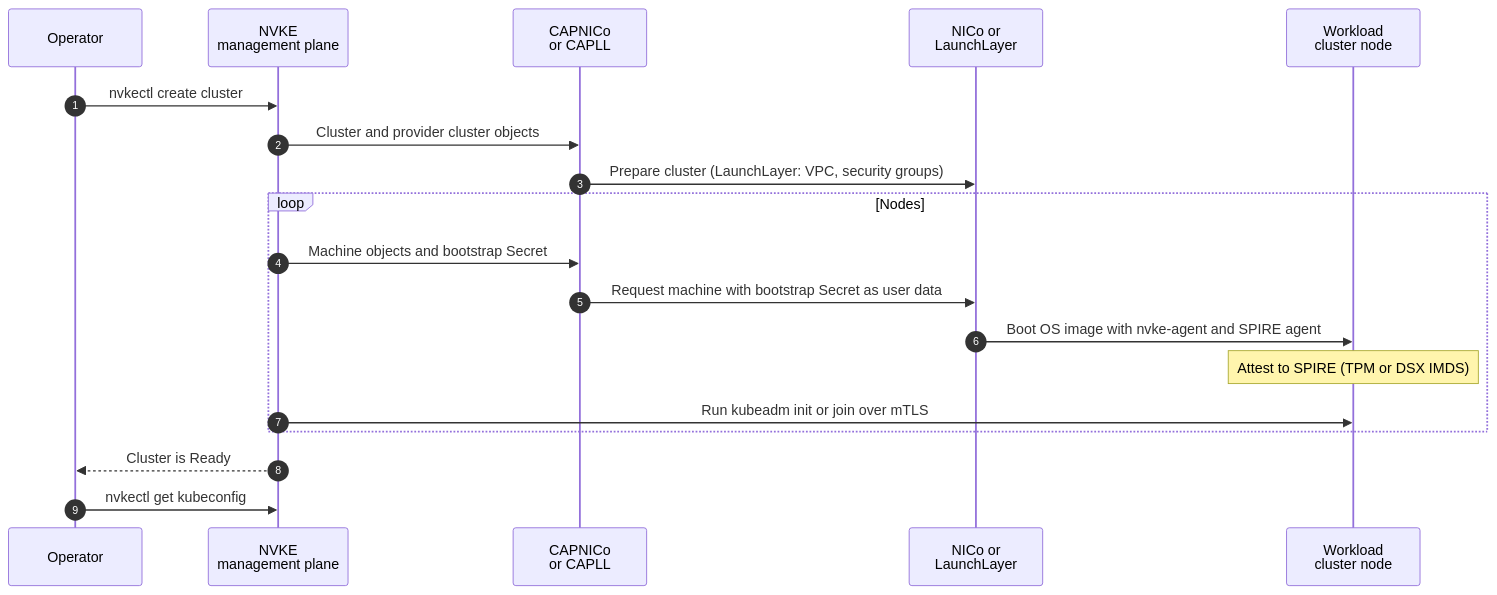
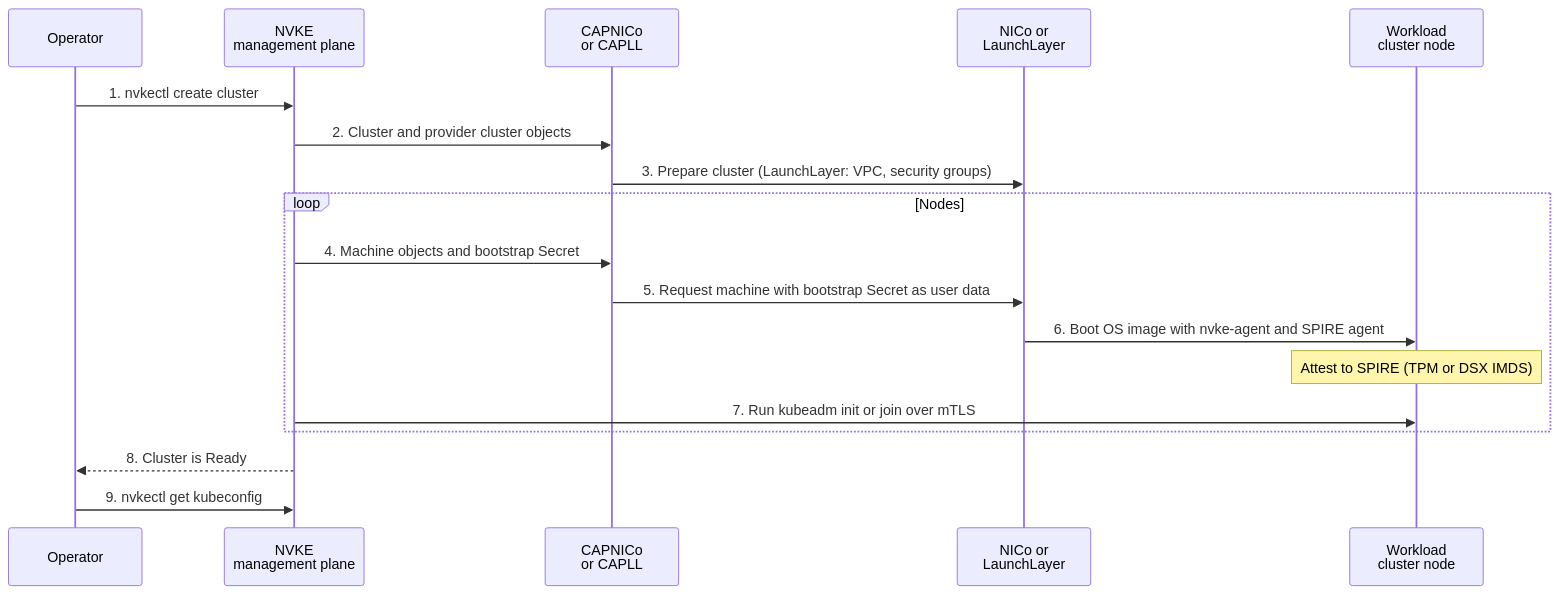
The diagram in docs/operate/infrastructure-providers.md (dsx-ai-factory/nvke), drawn with Mermaid before and after one commit.

Commit message:
docs: render the provider diagram with the site theme
Fern cannot pre-render a sequence diagram with autonumber, so it fell
back to the default Mermaid theme, which drew white text on the actor
boxes. Number the messages in their labels instead.

````diff
--- a/docs/operate/infrastructure-providers.md
+++ b/docs/operate/infrastructure-providers.md
@@ -9,22 +9,21 @@
 ```mermaid
 sequenceDiagram
-    autonumber
     participant Op as Operator
     participant MP as NVKE<br/>management plane
     participant Prov as CAPNICo<br/>or CAPLL
     participant API as NICo or<br/>LaunchLayer
     participant Node as Workload<br/>cluster node
 
-    Op->>MP: nvkectl create cluster
-    MP->>Prov: Cluster and provider cluster objects
-    Prov->>API: Prepare cluster (LaunchLayer: VPC, security groups)
+    Op->>MP: 1. nvkectl create cluster
+    MP->>Prov: 2. Cluster and provider cluster objects
+    Prov->>API: 3. Prepare cluster (LaunchLayer: VPC, security groups)
     loop Nodes
-        MP->>Prov: Machine objects and bootstrap Secret
-        Prov->>API: Request machine with bootstrap Secret as user data
-        API->>Node: Boot OS image with nvke-agent and SPIRE agent
+        MP->>Prov: 4. Machine objects and bootstrap Secret
+        Prov->>API: 5. Request machine with bootstrap Secret as user data
+        API->>Node: 6. Boot OS image with nvke-agent and SPIRE agent
         Note over Node: Attest to SPIRE (TPM or DSX IMDS)
-        MP->>Node: Run kubeadm init or join over mTLS
+        MP->>Node: 7. Run kubeadm init or join over mTLS
     end
-    MP-->>Op: Cluster is Ready
-    Op->>MP: nvkectl get kubeconfig
+    MP-->>Op: 8. Cluster is Ready
+    Op->>MP: 9. nvkectl get kubeconfig
 ```
````
